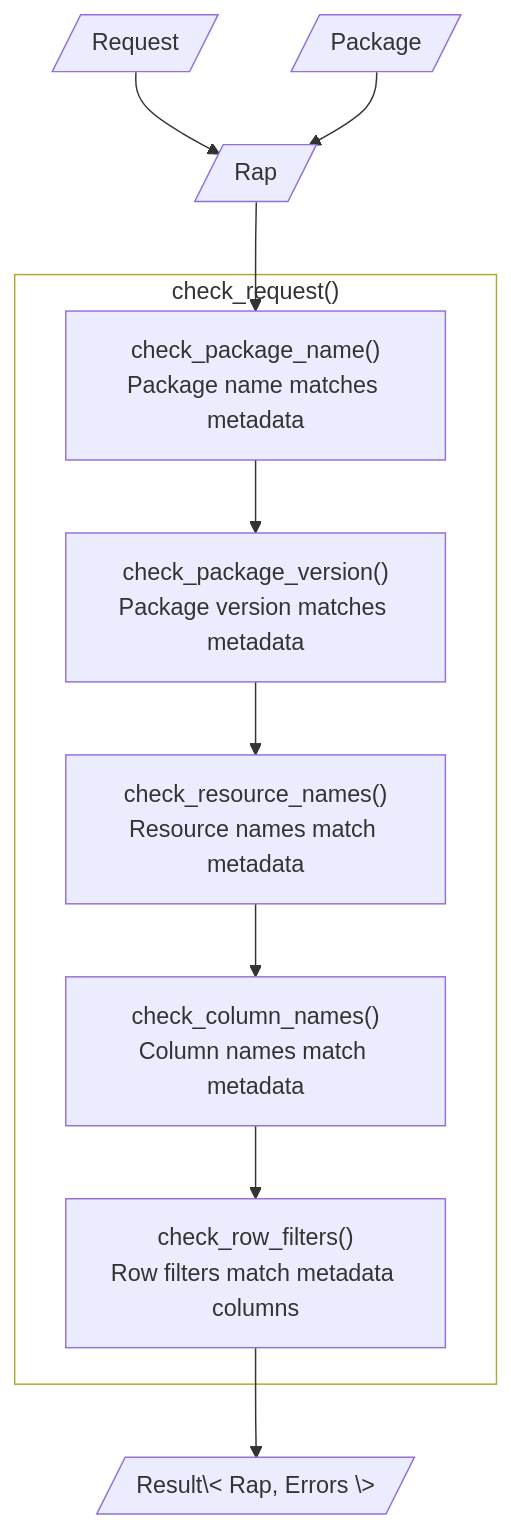
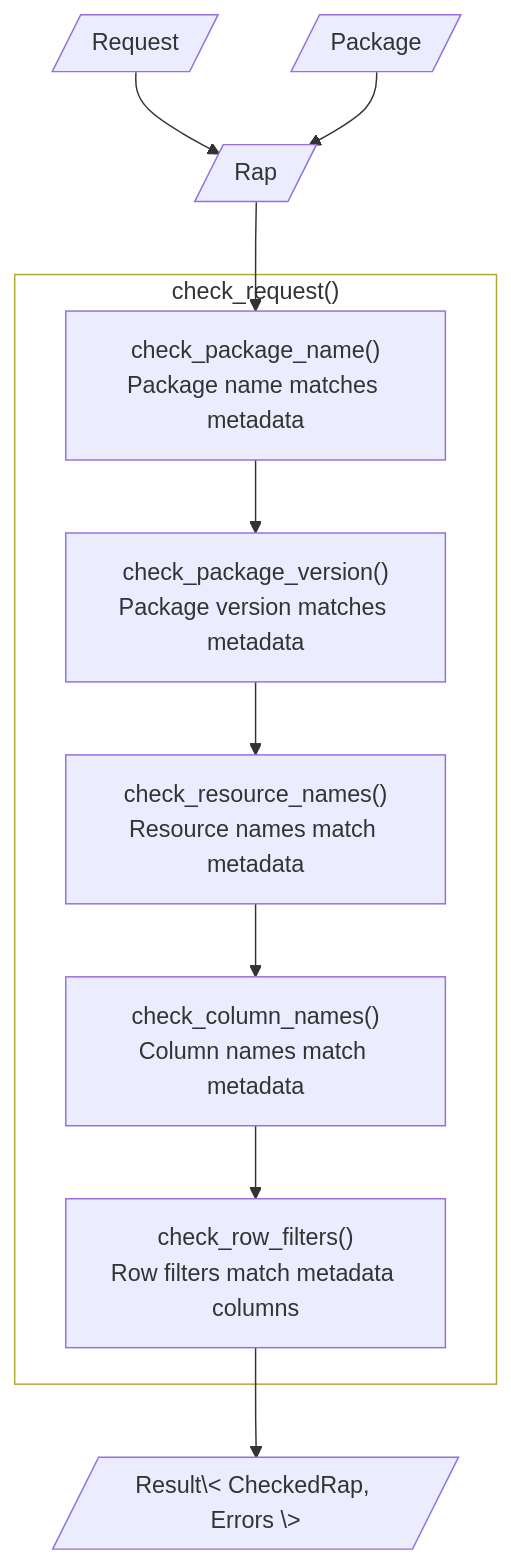
The diagram in docs/design/interface/rust.qmd (seedcase-project/seedcase-propagate), drawn with Mermaid before and after one commit. The commit also changed other lines of this file and 2 other files, not shown here.

Commit message:
docs: 🏗️ include a `CheckedRap` struct to indicate check status

````diff
--- a/docs/design/interface/rust.qmd
+++ b/docs/design/interface/rust.qmd
@@ -64,37 +65,37 @@
 ```{mermaid}
 %%| label: fig-check-flow
 %%| fig-cap: "The flow of input and output through the `check_request()` function."
 %%| fig-alt: >-
 %%|   Diagram showing the flow of input and output through the `check_request()`
 %%|   function. The user bundles the request and package structs into a Rap
 %%|   struct, which is input into `check_request()`. The function completes a
 %%|   set of checks, before returning a result that's either the unit type
 %%|   (nothing) or a set of errors.
 
 flowchart TD
     request[/"Request"/]
     package[/"Package"/]
     rap[/"Rap"/]
-    output[/"Result\< Rap, Errors \>"/]
+    output[/"Result\< CheckedRap, Errors \>"/]
 
     subgraph check ["check_request()"]
       check_package_name["check_package_name()<br>Package name matches metadata"]
       check_package_version["check_package_version()<br>Package version matches metadata"]
       check_resource_names["check_resource_names()<br>Resource names match metadata"]
       check_column_names["check_column_names()<br>Column names match metadata"]
       check_row_filters["check_row_filters()<br>Row filters match metadata columns"]
     end
 
     request & package --> rap
 
     rap -->
       check_package_name -->
       check_package_version -->
       check_resource_names -->
       check_column_names -->
       check_row_filters -->
       output
 
     check:::outer_function
     classDef outer_function fill:none
 ```
````
